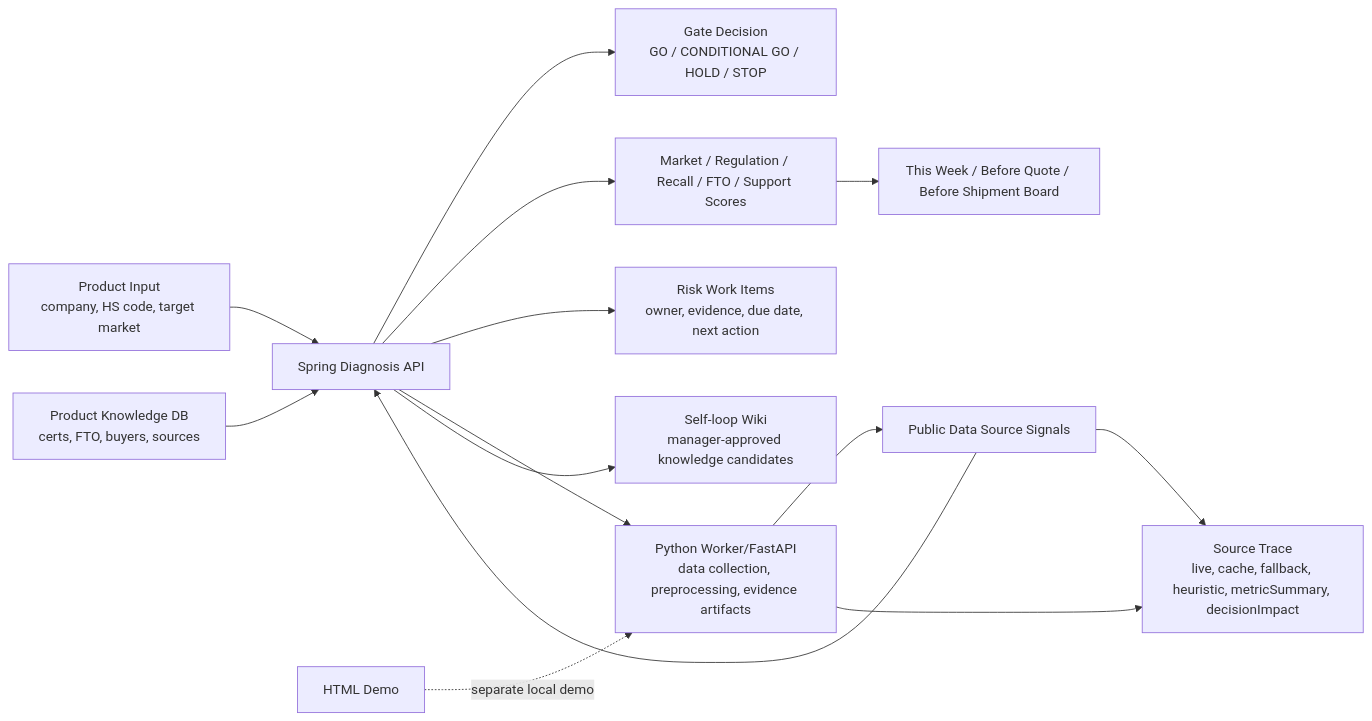
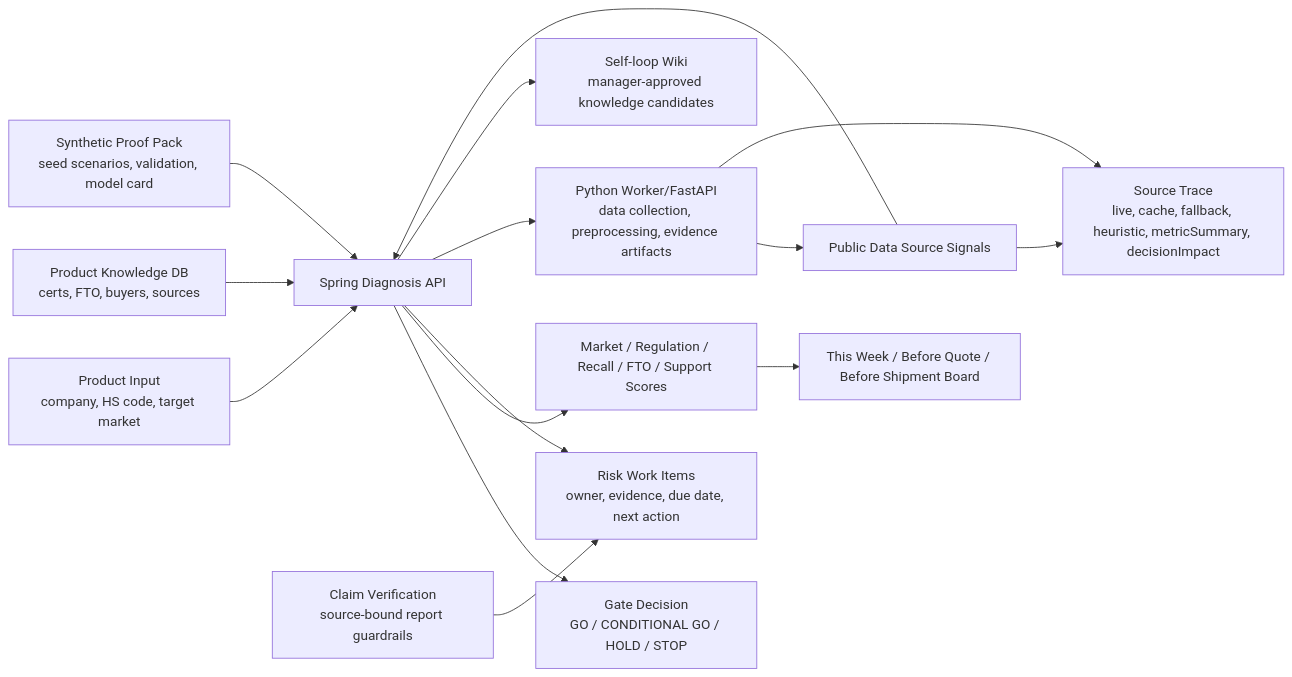
The diagram in README.md (jisu217/grow-gate-local-ex), drawn with Mermaid before and after one commit. The commit also changed other lines of this file, not shown here.

Commit message:
docs(readme): reflect proof workflow deployment state

````diff
--- a/README.md
+++ b/README.md
@@ -200,17 +221,18 @@
 ```mermaid
 flowchart LR
   A["Product Input<br/>company, HS code, target market"]
   A --> S["Spring Diagnosis API"]
   K["Product Knowledge DB<br/>certs, FTO, buyers, sources"] --> S
   C["Public Data Source Signals"] --> S
   S --> G["Gate Decision<br/>GO / CONDITIONAL GO / HOLD / STOP"]
   S --> E["Market / Regulation / Recall / FTO / Support Scores"]
   S --> R["Risk Work Items<br/>owner, evidence, due date, next action"]
   E --> F["This Week / Before Quote / Before Shipment Board"]
   C --> T["Source Trace<br/>live, cache, fallback, heuristic, metricSummary, decisionImpact"]
   S --> P["Python Worker/FastAPI<br/>data collection, preprocessing, evidence artifacts"]
   P --> C
   P --> T
   S --> W["Self-loop Wiki<br/>manager-approved knowledge candidates"]
-  D["HTML Demo"] -. separate local demo .-> P
+  M["Synthetic Proof Pack<br/>seed scenarios, validation, model card"] --> S
+  V["Claim Verification<br/>source-bound report guardrails"] --> R
 ```
````
